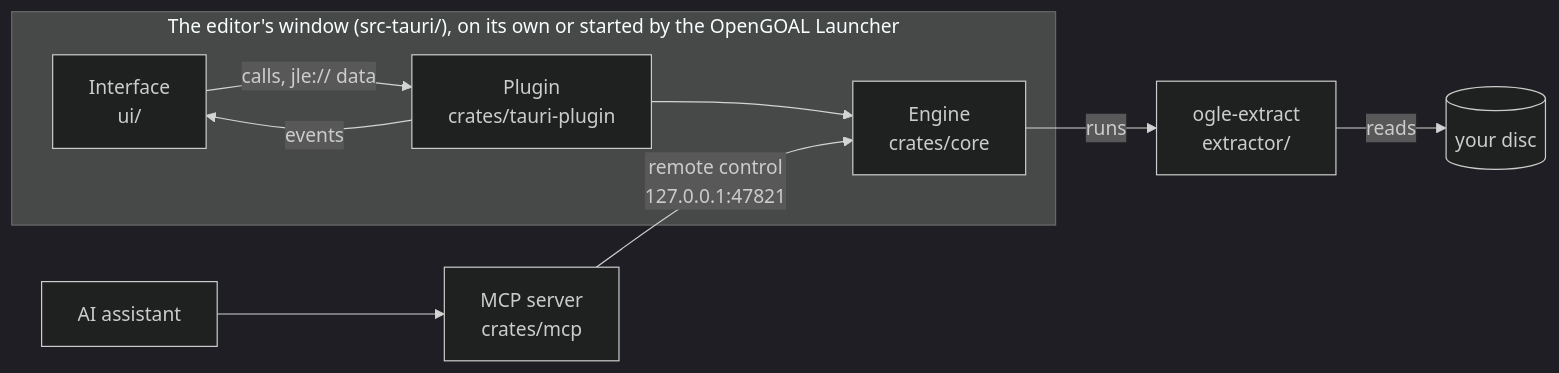
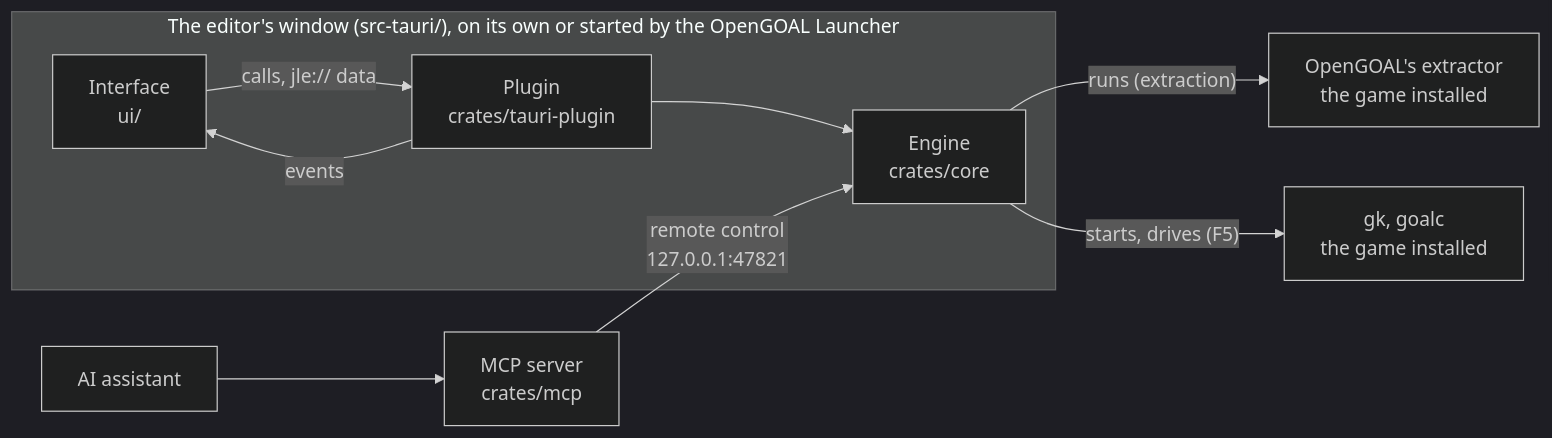
Before and after one commit to whozghiar/jak-level-editor: the second of 2 diagrams in docs/architecture.md, drawn with Mermaid (dark theme). The commit also changed other lines of this file and 8 other files, not shown here.

First line of the commit message:
docs: the game installed, F5 and the official extraction in the guides (AI-assisted)

````diff
--- a/docs/architecture.md
+++ b/docs/architecture.md
@@ -191,15 +190,15 @@
 ```mermaid
 flowchart LR
   subgraph Window["The editor's window (src-tauri/), on its own or started by the OpenGOAL Launcher"]
     UI["Interface<br/>ui/"]
     Plugin["Plugin<br/>crates/tauri-plugin"]
     Engine["Engine<br/>crates/core"]
     UI -- "calls, jle:// data" --> Plugin
     Plugin -- "events" --> UI
     Plugin --> Engine
   end
   Assistant["AI assistant"] --> MCP["MCP server<br/>crates/mcp"]
   MCP -- "remote control<br/>127.0.0.1:47821" --> Engine
-  Engine -- "runs" --> Extractor["ogle-extract<br/>extractor/"]
-  Extractor -- "reads" --> Disc[("your disc")]
+  Engine -- "runs (extraction)" --> Extractor["OpenGOAL's extractor<br/>the game installed"]
+  Engine -- "starts, drives (F5)" --> Game["gk, goalc<br/>the game installed"]
 ```
````
